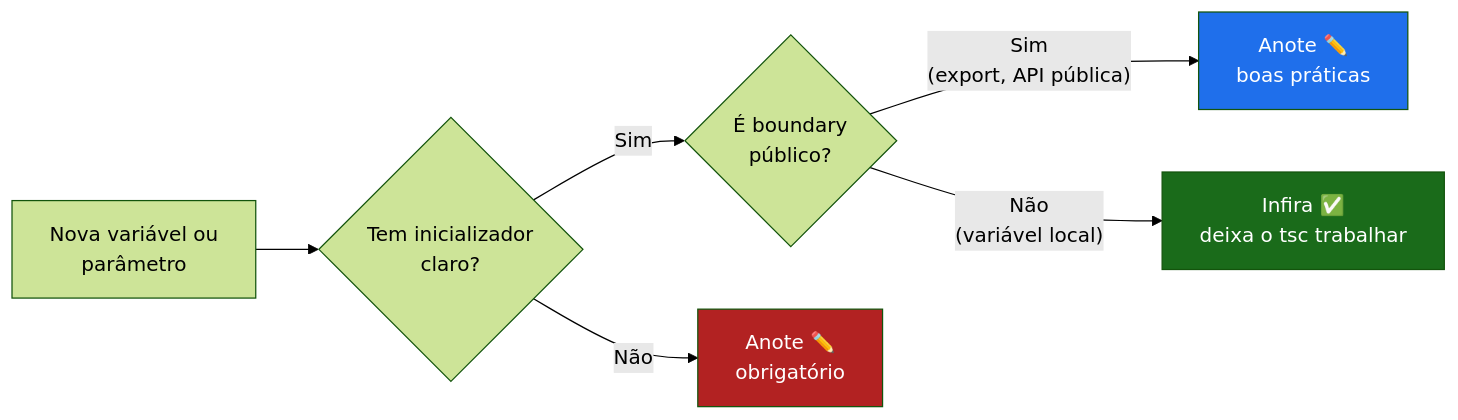
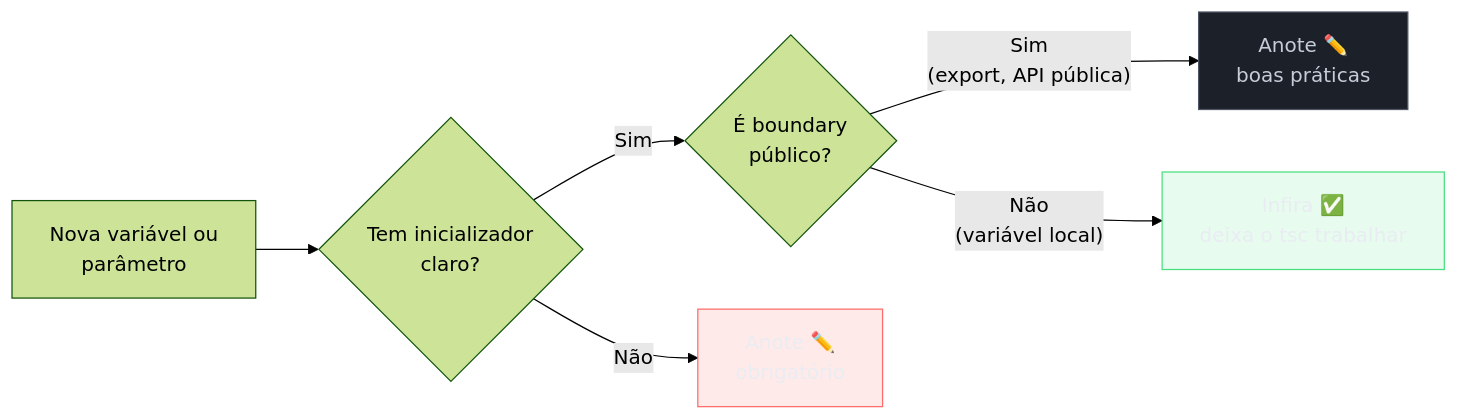
Before and after one commit to josenaldo/codex-technomanticus: the third of 4 diagrams in 03-Dominios/Tecnologia/TypeScript/02 - Tipos primitivos, literais e inferência.md, drawn with Mermaid (forest theme). The commit also changed other lines of this file and 1181 other files, not shown here.

First line of the commit message:
fix(diagramas): paleta do sistema no lugar de cor cravada no markdown

````diff
--- a/03-Dominios/Tecnologia/TypeScript/02 - Tipos primitivos, literais e inferência.md
+++ b/03-Dominios/Tecnologia/TypeScript/02 - Tipos primitivos, literais e inferência.md
@@ -317,11 +321,14 @@
 ```mermaid
 flowchart LR
+    classDef falha fill:#FF6B6B24,stroke:#FF6B6B,color:#E9ECF2
+    classDef neutro fill:#1B2029,stroke:#4E5666,color:#C6CCD8
+    classDef ok fill:#4ADE8021,stroke:#4ADE80,color:#E9ECF2
     A["Nova variável ou\nparâmetro"] --> B{"Tem inicializador\nclaro?"}
     B -->|"Sim"| C{"É boundary\npúblico?"}
     B -->|"Não"| D["Anote ✏️\nobrigatório"]
     C -->|"Sim\n(export, API pública)"| E["Anote ✏️\nboas práticas"]
     C -->|"Não\n(variável local)"| F["Infira ✅\ndeixa o tsc trabalhar"]
-    style D fill:#b22222,color:#fff
-    style E fill:#1f6feb,color:#fff
-    style F fill:#1a6b1a,color:#fff
+    class D falha
+    class E neutro
+    class F ok
 ```
````
